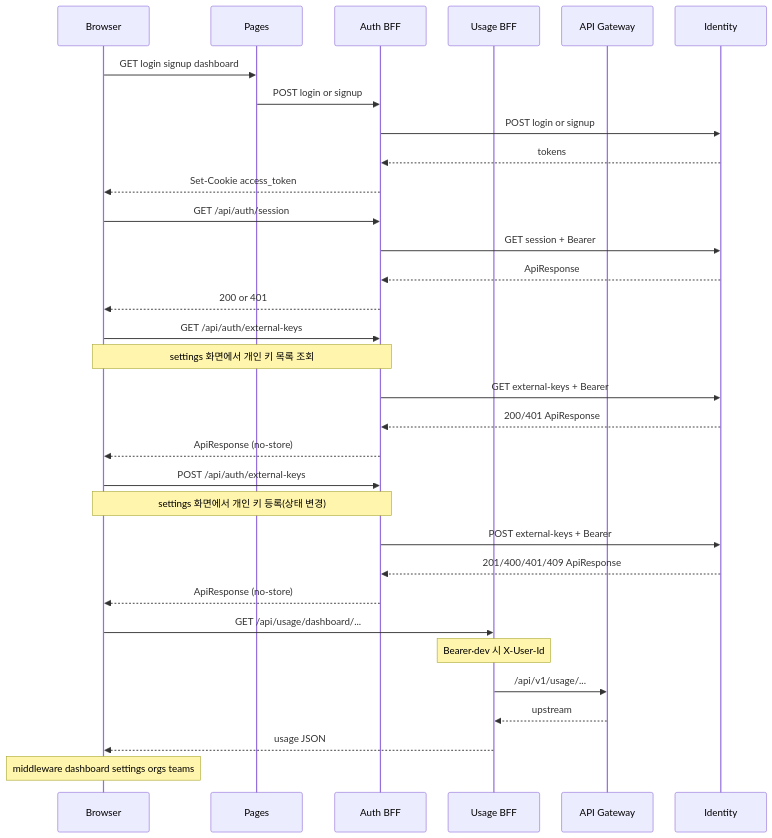
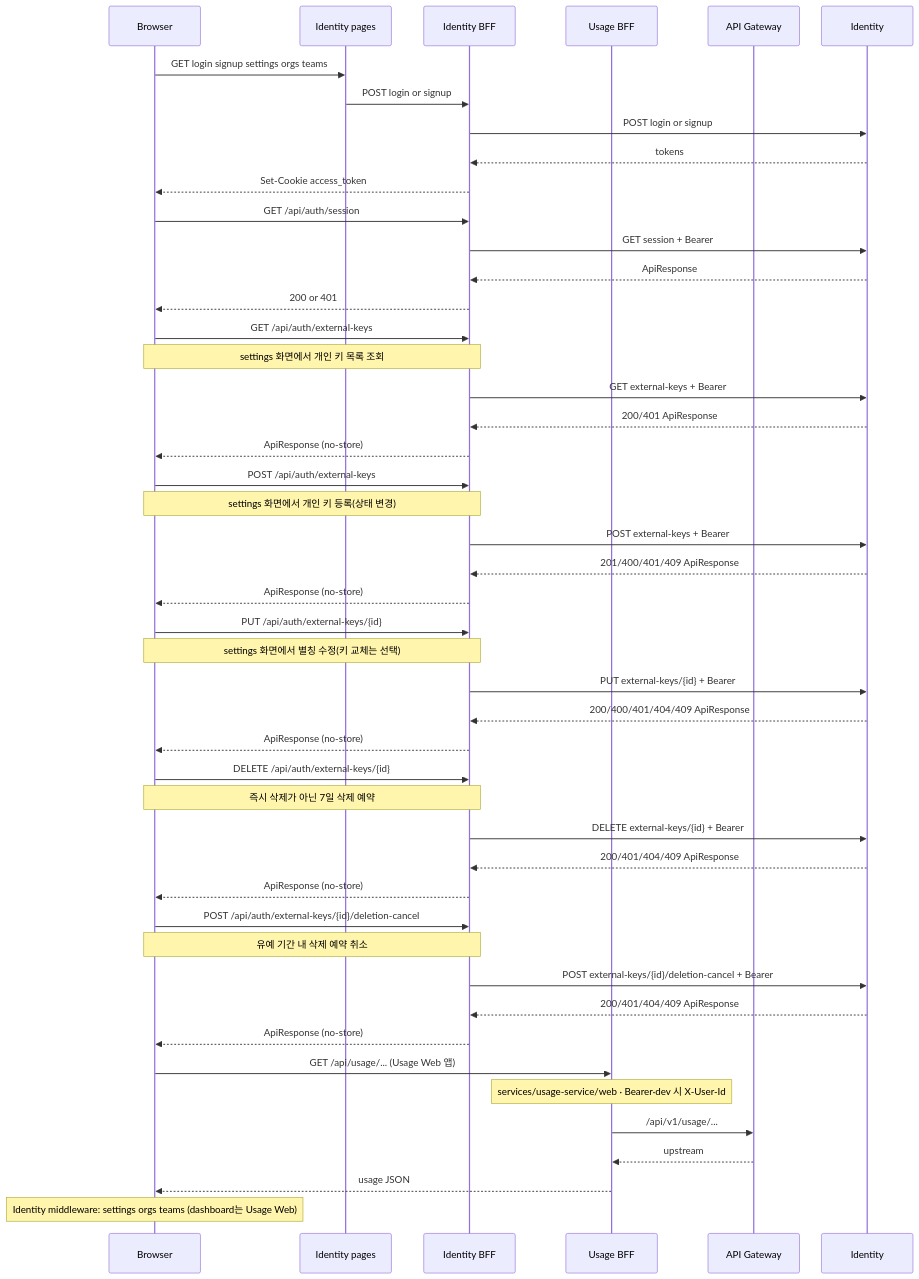
Before and after one commit to Zero-Bug-Freinds/ai-api-usage-monitor: the ninth of 11 diagrams in docs/c4-architecture-diagrams.md, drawn with Mermaid. The commit also changed other lines of this file and 1 other file, not shown here.

First line of the commit message:
[docs] C4 다이어그램과 KST 표시 반영

````diff
--- a/docs/c4-architecture-diagrams.md
+++ b/docs/c4-architecture-diagrams.md
@@ -401,41 +417,59 @@
 ```mermaid
 %%{init: {'sequence': {'actorMargin': 36, 'messageMargin': 18}}}%%
 sequenceDiagram
   participant B as Browser
-  participant P as Pages
-  participant H as Auth BFF
+  participant P as Identity pages
+  participant H as Identity BFF
   participant U as Usage BFF
   participant GW as API Gateway
   participant I as Identity
 
-  B->>P: GET login signup dashboard
+  B->>P: GET login signup settings orgs teams
   P->>H: POST login or signup
   H->>I: POST login or signup
   I-->>H: tokens
   H-->>B: Set-Cookie access_token
 
   B->>H: GET /api/auth/session
   H->>I: GET session + Bearer
   I-->>H: ApiResponse
   H-->>B: 200 or 401
 
   B->>H: GET /api/auth/external-keys
   Note over B,H: settings 화면에서 개인 키 목록 조회
   H->>I: GET external-keys + Bearer
   I-->>H: 200/401 ApiResponse
   H-->>B: ApiResponse (no-store)
 
   B->>H: POST /api/auth/external-keys
   Note over B,H: settings 화면에서 개인 키 등록(상태 변경)
   H->>I: POST external-keys + Bearer
   I-->>H: 201/400/401/409 ApiResponse
   H-->>B: ApiResponse (no-store)
 
-  B->>U: GET /api/usage/dashboard/...
-  Note over U: Bearer·dev 시 X-User-Id
+  B->>H: PUT /api/auth/external-keys/{id}
+  Note over B,H: settings 화면에서 별칭 수정(키 교체는 선택)
+  H->>I: PUT external-keys/{id} + Bearer
+  I-->>H: 200/400/401/404/409 ApiResponse
+  H-->>B: ApiResponse (no-store)
+
+  B->>H: DELETE /api/auth/external-keys/{id}
+  Note over B,H: 즉시 삭제가 아닌 7일 삭제 예약
+  H->>I: DELETE external-keys/{id} + Bearer
+  I-->>H: 200/401/404/409 ApiResponse
+  H-->>B: ApiResponse (no-store)
+
+  B->>H: POST /api/auth/external-keys/{id}/deletion-cancel
+  Note over B,H: 유예 기간 내 삭제 예약 취소
+  H->>I: POST external-keys/{id}/deletion-cancel + Bearer
+  I-->>H: 200/401/404/409 ApiResponse
+  H-->>B: ApiResponse (no-store)
+
+  B->>U: GET /api/usage/... (Usage Web 앱)
+  Note over U: services/usage-service/web · Bearer·dev 시 X-User-Id
   U->>GW: /api/v1/usage/...
   GW-->>U: upstream
   U-->>B: usage JSON
 
-  Note over B: middleware dashboard settings orgs teams
+  Note over B: Identity middleware: settings orgs teams (dashboard는 Usage Web)
 ```
````
